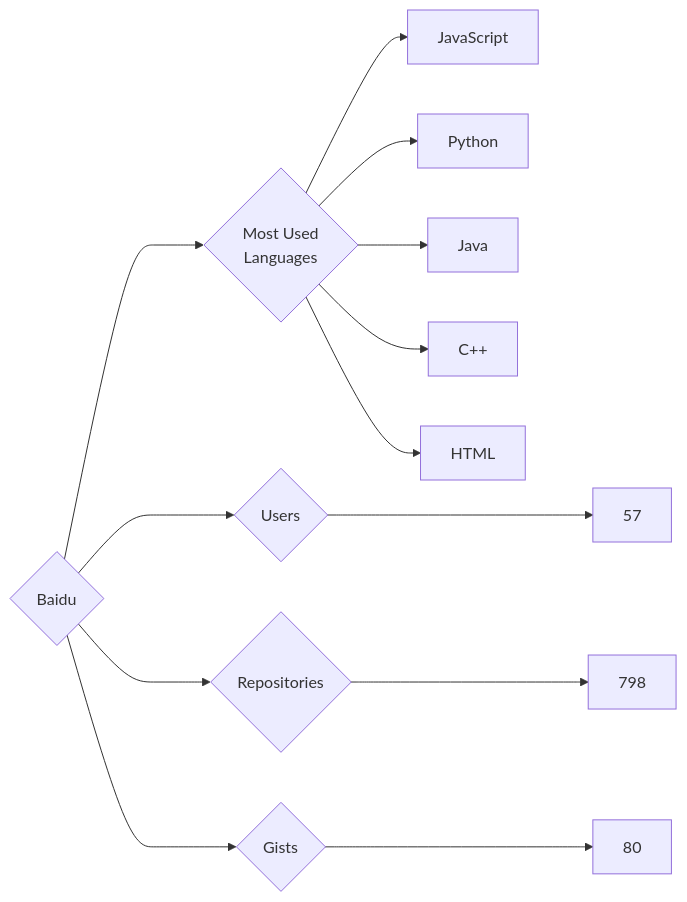
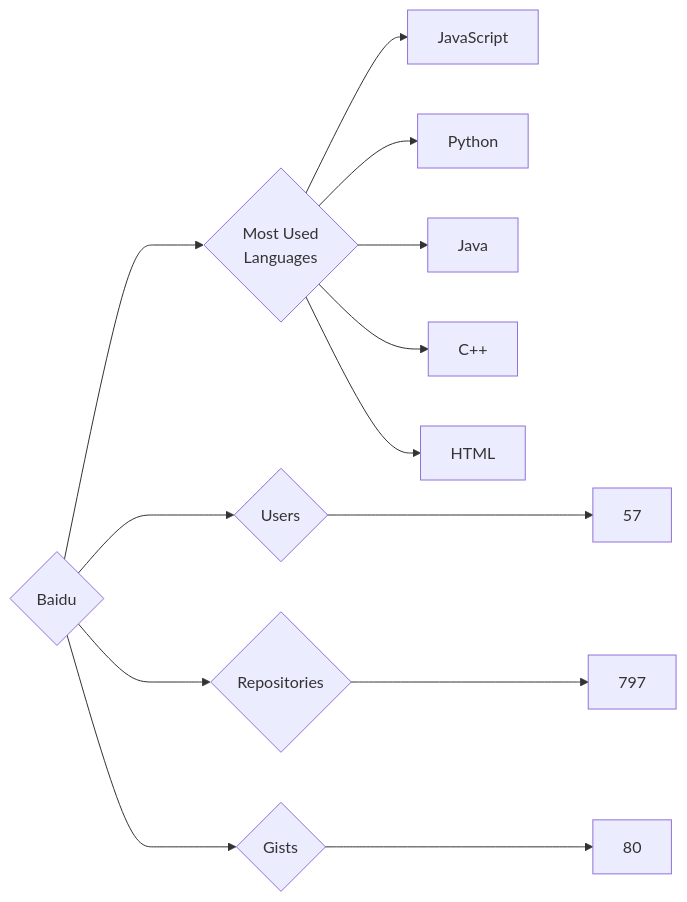
Before and after one commit to trickest/insiders: the diagram in targets/Baidu/README.md, drawn with Mermaid. The commit also changed 833 other files, not shown here.

````diff
--- a/targets/Baidu/README.md
+++ b/targets/Baidu/README.md
@@ -3,13 +3,13 @@
 ```mermaid
 graph LR
 COMPANY_NAME{Baidu}
 COMPANY_NAME ---> U{Users} ---> UN[57]
-COMPANY_NAME ---> R{Repositories} ---> RN[798]
+COMPANY_NAME ---> R{Repositories} ---> RN[797]
 COMPANY_NAME ---> G{Gists} ---> GN[80]
 COMPANY_NAME ---> ML{Most Used<br>Languages}
 ML --> JavaScript[JavaScript]
 ML --> Python[Python]
 ML --> Java[Java]
 ML --> C++[C++]
 ML --> HTML[HTML]
 ```
````
